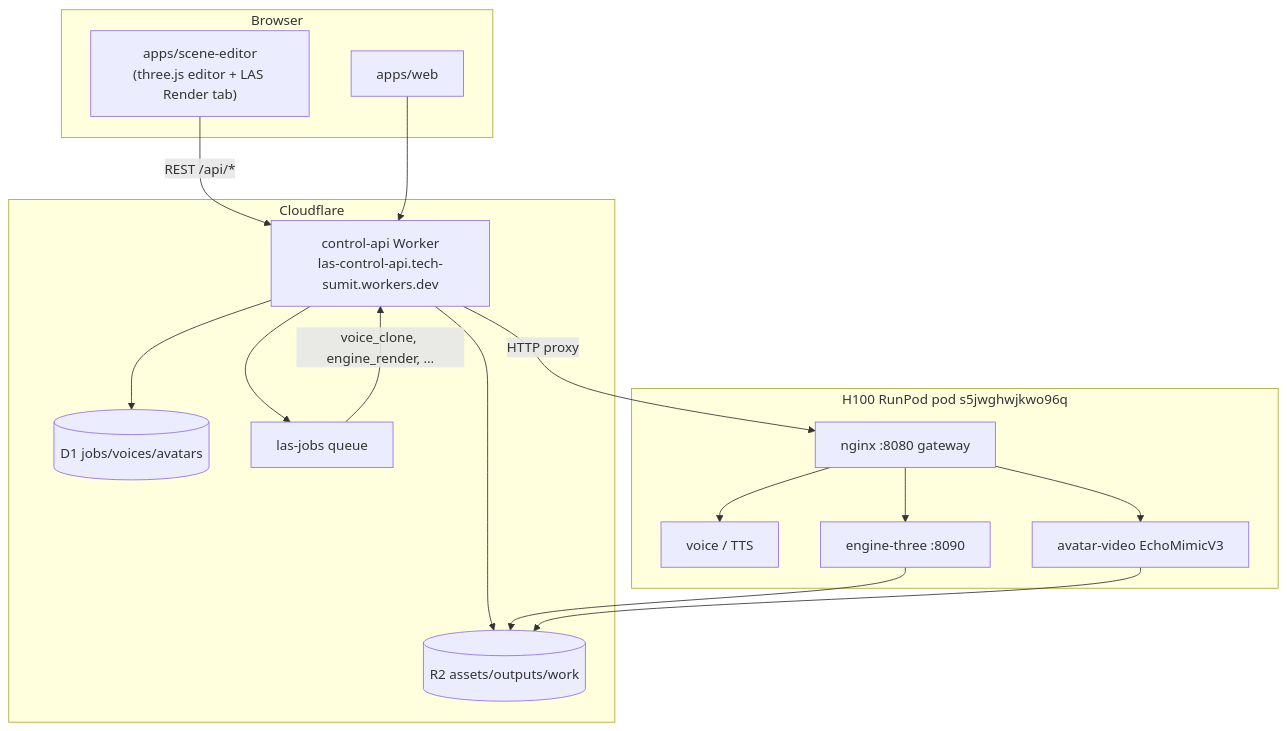
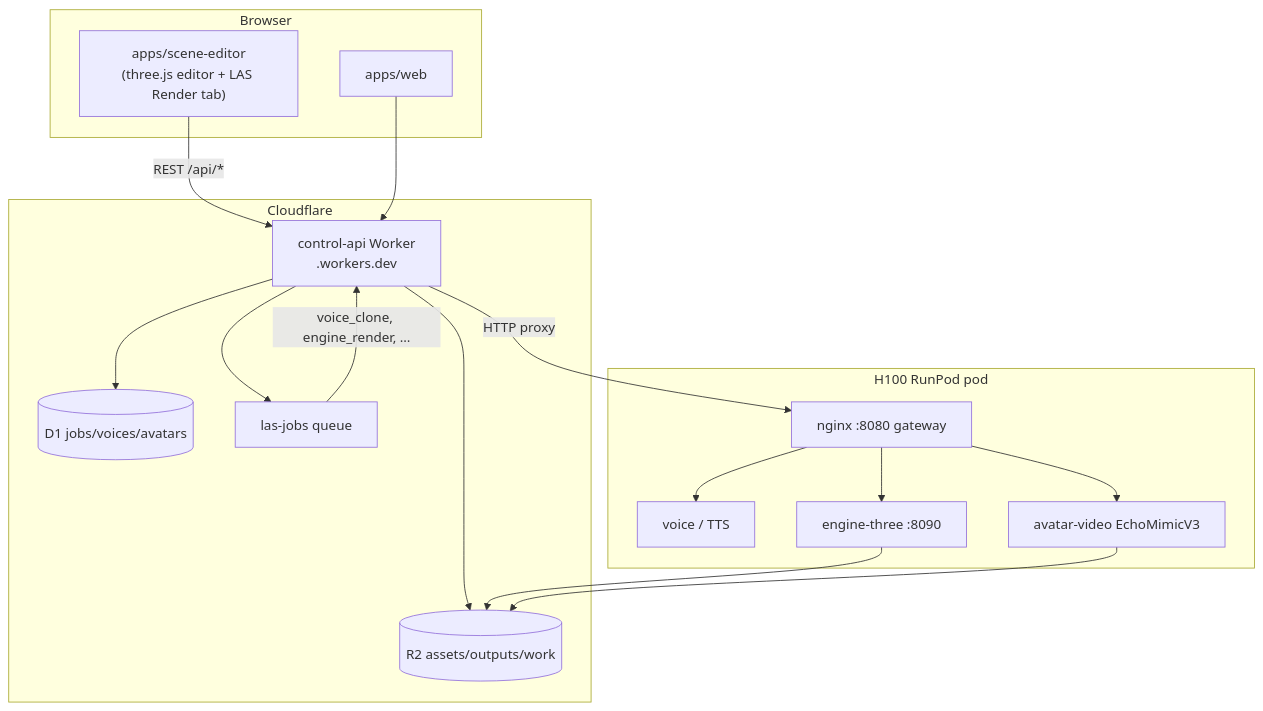
One commit to tech-sumit/LiveAvatarStream3D changed the diagram in docs/specs/2026-06-20-project-context.md. Above: the diagram before and after it, drawn with Mermaid. The commit also changed other lines of this file and 51 other files, not shown here.

````diff
--- a/docs/specs/2026-06-20-project-context.md
+++ b/docs/specs/2026-06-20-project-context.md
@@ -25,34 +25,34 @@
 ```mermaid
 flowchart TB
   subgraph browser["Browser"]
     WEB["apps/web"]
     ED["apps/scene-editor\n(three.js editor + LAS Render tab)"]
   end
 
   subgraph cf["Cloudflare"]
-    API["control-api Worker\nlas-control-api.tech-sumit.workers.dev"]
+    API["control-api Worker\n<your-worker>.workers.dev"]
     D1[(D1 jobs/voices/avatars)]
     R2[(R2 assets/outputs/work)]
     Q["las-jobs queue"]
     API --> D1
     API --> R2
     API --> Q
   end
 
-  subgraph pod["H100 RunPod pod s5jwghwjkwo96q"]
+  subgraph pod["H100 RunPod pod <pod-id>"]
     NGX["nginx :8080 gateway"]
     TTS["voice / TTS"]
     ECHO["avatar-video EchoMimicV3"]
     ENG["engine-three :8090"]
     NGX --> TTS
     NGX --> ECHO
     NGX --> ENG
   end
 
   ED -->|"REST /api/*"| API
   WEB --> API
   Q -->|"voice_clone, engine_render, …"| API
   API -->|"HTTP proxy"| NGX
   ENG --> R2
   ECHO --> R2
 ```
````
